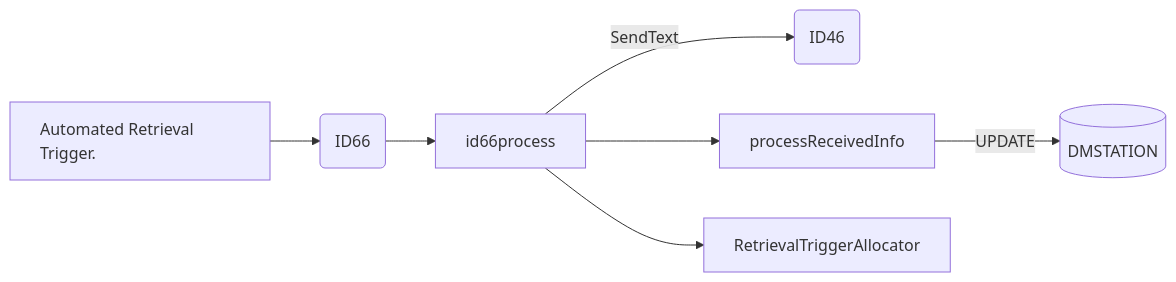
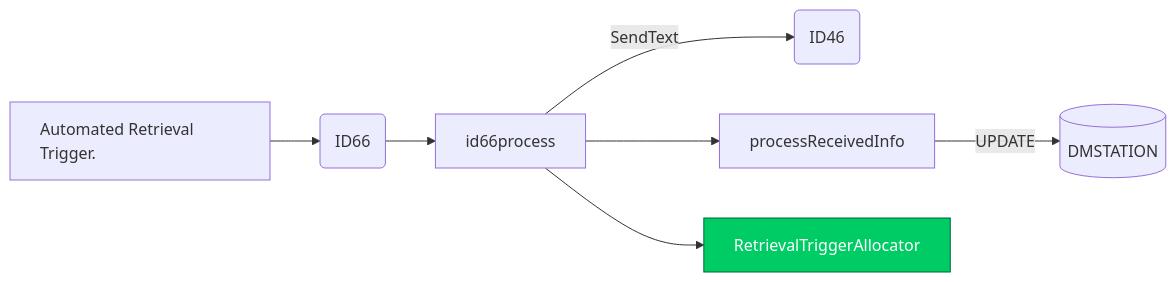
One commit to luthfiadityaa/SimeDarby-Wiki changed the fourth of 15 diagrams in Basic-Design/DFD-WMS/Retrieval/Stacked-Empty-Pallet.md. Above: the diagram before and after it, drawn with Mermaid.

Commit message:
Updated Stacked Empty Pallet

```diff
--- a/Basic-Design/DFD-WMS/Retrieval/Stacked-Empty-Pallet.md
+++ b/Basic-Design/DFD-WMS/Retrieval/Stacked-Empty-Pallet.md
@@ -84,24 +84,27 @@
 ::: mermaid
 flowchart LR
     input[
         Automated Retrieval Trigger.      
     ]
 
     id66msg("
      ID66
     ")
     tableList-update[("
         DMSTATION
     ")]
 
     id46msg("
      ID46
     ")
 
     input -->id66msg-->id66process-->processReceivedInfo--> |UPDATE| tableList-update
     id66process--> |SendText| id46msg
     id66process-->RetrievalTriggerAllocator
 
+    click RetrievalTriggerAllocator "https://dev.azure.com/Daifuku-SW/ID_SimeDarbyPlantation/_wiki/wikis/ID_SimeDarbyPlantation.wiki/948/Unplanned-Storage-from-HP" "Go to HP"
+    style RetrievalTriggerAllocator fill:#00cc66,stroke:#006633,color:#ffffff
+
     classDef leftAlign text-align:left;
     class input leftAlign;
 :::
```
